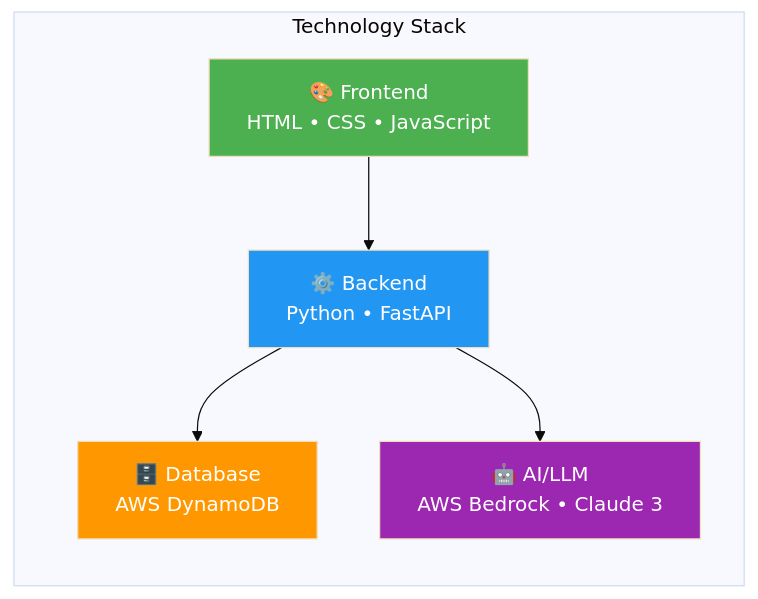
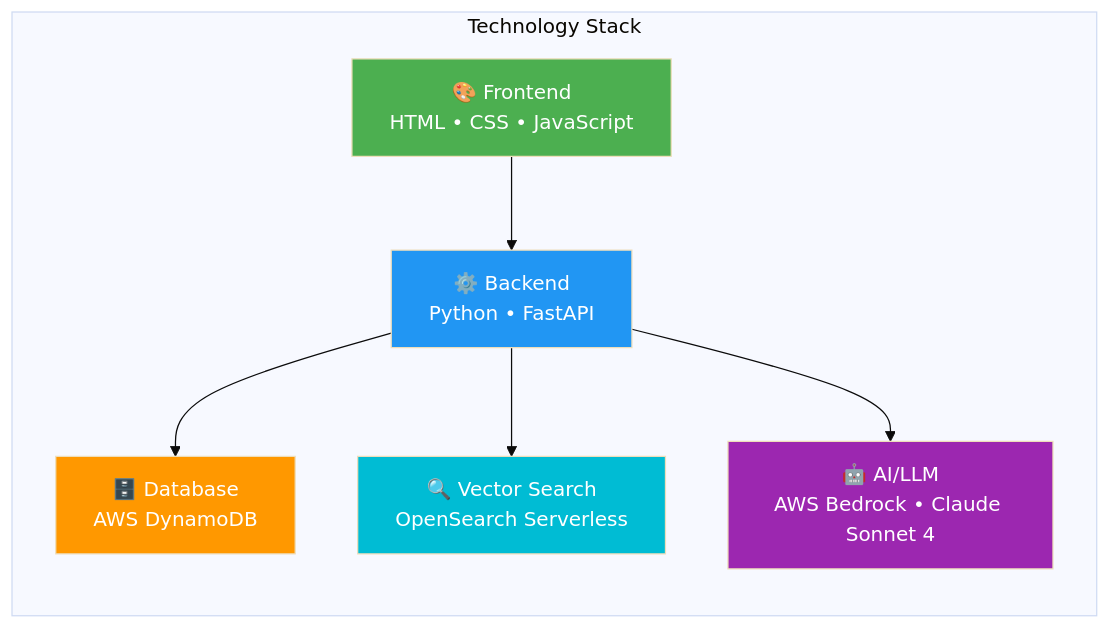
Before and after one commit to AlmazErmilov/aws-hack-prototype-terms-and-conditions-ass: the sixth of 7 diagrams in README.md, drawn with Mermaid (base theme). The commit also changed other lines of this file and 4 other files, not shown here.

````diff
--- a/README.md
+++ b/README.md
@@ -176,18 +178,21 @@
 ```mermaid
 flowchart LR
     subgraph Stack["Technology Stack"]
         direction TB
         FE["🎨 Frontend<br/>HTML • CSS • JavaScript"]
         BE["⚙️ Backend<br/>Python • FastAPI"]
         DB["🗄️ Database<br/>AWS DynamoDB"]
-        AI["🤖 AI/LLM<br/>AWS Bedrock • Claude 3"]
+        VS["🔍 Vector Search<br/>OpenSearch Serverless"]
+        AI["🤖 AI/LLM<br/>AWS Bedrock • Claude Sonnet 4"]
     end
 
     FE --> BE --> DB
+    BE --> VS
     BE --> AI
 
     style FE fill:#4caf50,color:#fff
     style BE fill:#2196f3,color:#fff
     style DB fill:#ff9800,color:#fff
+    style VS fill:#00bcd4,color:#fff
     style AI fill:#9c27b0,color:#fff
 ```
````
